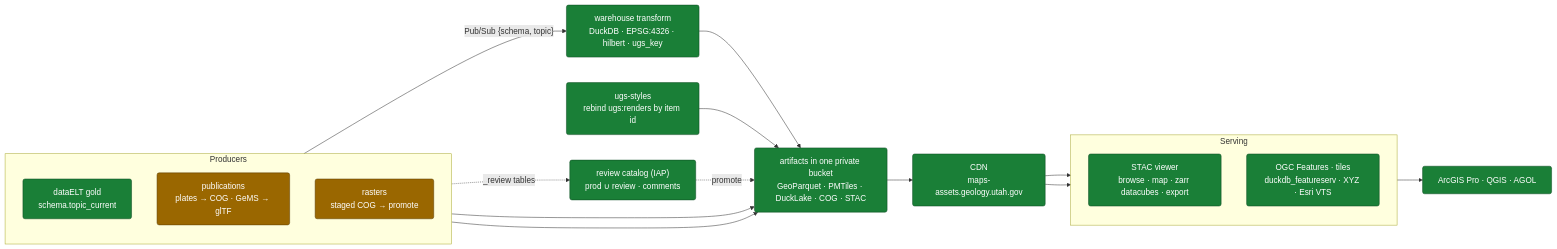
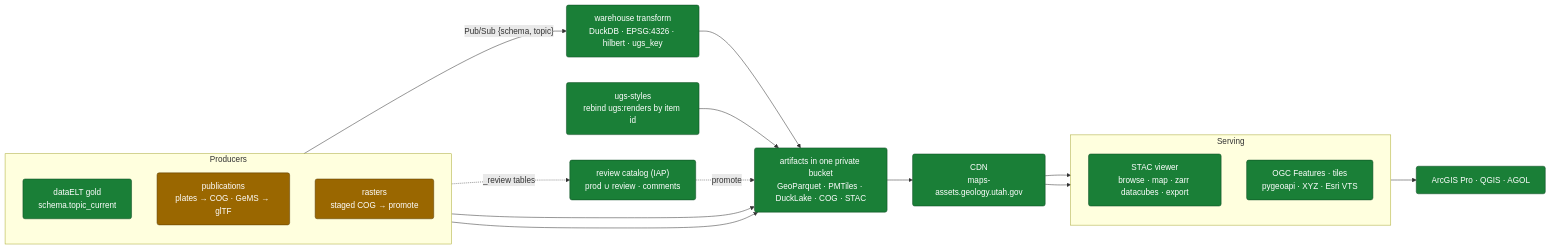
One commit to UGS-GIO/ugs-warehouse changed the diagram in docs/ARCHITECTURE.md. Above: the diagram before and after it, drawn with Mermaid. The commit also changed other lines of this file and 30 other files, not shown here.

First line of the commit message:
feat(featureserv): replace duckdb_featureserv with pygeoapi

````diff
--- a/docs/ARCHITECTURE.md
+++ b/docs/ARCHITECTURE.md
@@ -9,39 +9,39 @@
 ```mermaid
 flowchart LR
   subgraph P["Producers"]
     direction TB
     ELT["dataELT gold<br/>schema.topic_current"]
     PUBS["publications<br/>plates → COG · GeMS → glTF"]
     RAS["rasters<br/>staged COG → promote"]
   end
 
   ELT -- "Pub/Sub {schema, topic}" --> TR
   TR["warehouse transform<br/>DuckDB · EPSG:4326 · hilbert · ugs_key"]
 
   ART["artifacts in one private bucket<br/>GeoParquet · PMTiles · DuckLake · COG · STAC"]
   STY["ugs-styles<br/>rebind ugs:renders by item id"]
 
   TR --> ART
   PUBS --> ART
   RAS --> ART
   STY --> ART
   ART --> CDN["CDN<br/>maps-assets.geology.utah.gov"]
 
   subgraph S["Serving"]
     direction TB
     VW["STAC viewer<br/>browse · map · zarr datacubes · export"]
-    FS["OGC Features · tiles<br/>duckdb_featureserv · XYZ · Esri VTS"]
+    FS["OGC Features · tiles<br/>pygeoapi · XYZ · Esri VTS"]
   end
 
   CDN --> VW
   CDN --> FS
   FS --> POOL["ArcGIS Pro · QGIS · AGOL"]
 
   ELT -. "_review tables" .-> RV["review catalog (IAP)<br/>prod ∪ review · comments"]
   RV -. "promote" .-> ART
 
   classDef done fill:#1a7f37,stroke:#0b4a20,color:#fff,rx:4,ry:4;
   classDef partial fill:#9a6700,stroke:#5c3d00,color:#fff,rx:4,ry:4;
   class ELT,TR,ART,STY,CDN,VW,FS,POOL,RV done;
   class PUBS,RAS partial;
 ```
````
